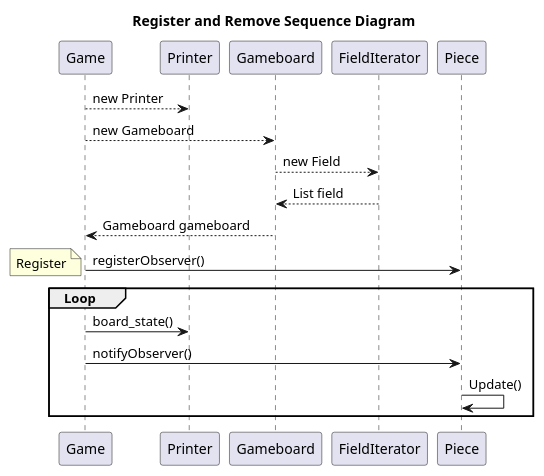
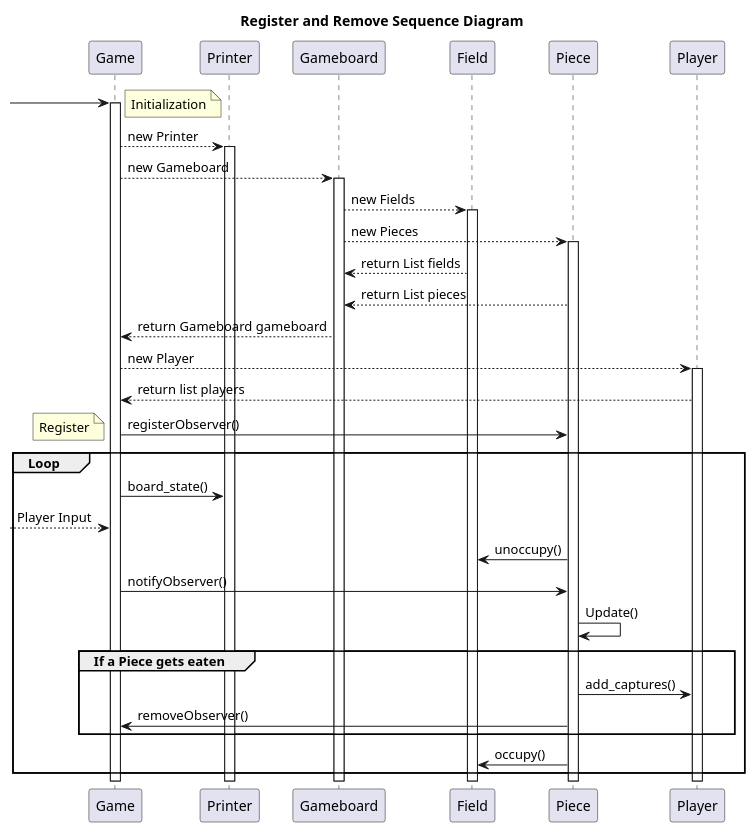
Before and after one commit to CortexVacua/BINF4241-group30: the second of 4 diagrams in Assignment 3/Part 1_5.md, drawn with PlantUML. The commit also changed other lines of this file, not shown here.

Commit message:
Added sequence diagram (might delete the other ones later)

````diff
--- a/Assignment 3/Part 1_5.md
+++ b/Assignment 3/Part 1_5.md
@@ -46,16 +46,34 @@
 ```puml
 title Register and Remove Sequence Diagram
+-> Game
+activate Game
 note left: Initialization
 Game --> Printer: new Printer
+activate Printer
 Game --> Gameboard: new Gameboard
-Gameboard --> FieldIterator: new Field
-FieldIterator --> Gameboard: List field
-Gameboard --> Game: Gameboard gameboard
+activate Gameboard
+Gameboard --> Field: new Fields
+activate Field
+Gameboard --> Piece: new Pieces
+activate Piece
+Field --> Gameboard: return List fields
+Piece --> Gameboard: return List pieces
+Gameboard --> Game: return Gameboard gameboard
+Game --> Player: new Player
+activate Player
+Player --> Game: return list players
 Game -> Piece: registerObserver()
 note left: Register
 Group Loop
 Game -> Printer: board_state()
+-->Game: Player Input
+Piece -> Field: unoccupy()
 Game -> Piece: notifyObserver()
 Piece -> Piece: Update()
+Group If a Piece gets eaten
+Piece -> Player: add_captures()
+Piece -> Game: removeObserver()
+end
+Piece -> Field: occupy()
 end
 ```
````
